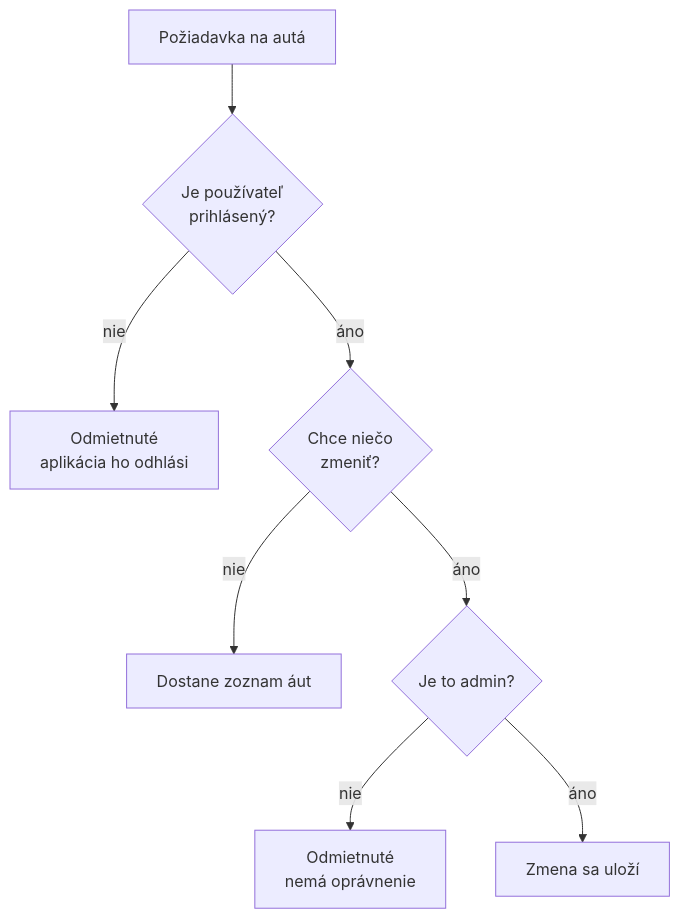
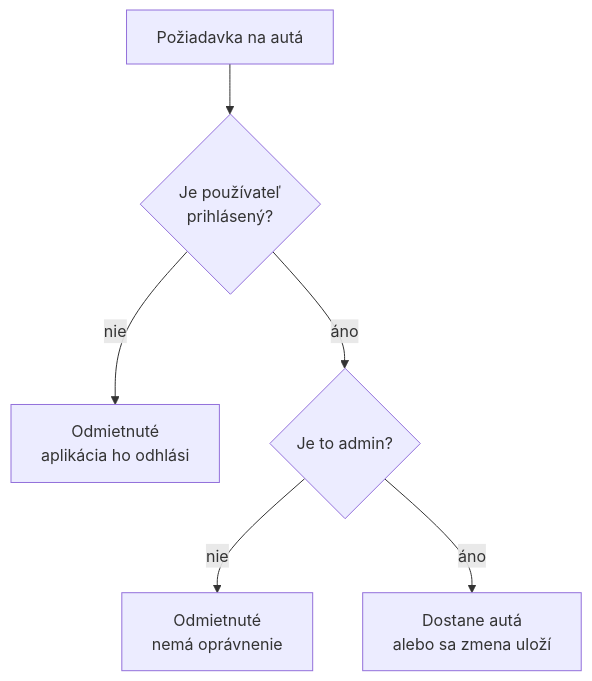
Before and after one commit to Matus1232/car-fleet-: the third of 3 diagrams in README.md, drawn with Mermaid. The commit also changed other lines of this file and 4 other files, not shown here.

````diff
--- a/README.md
+++ b/README.md
@@ -113,10 +116,8 @@
 ```mermaid
 flowchart TD
     R["Požiadavka na autá"] --> T{"Je používateľ<br>prihlásený?"}
     T -- nie --> E1["Odmietnuté<br>aplikácia ho odhlási"]
-    T -- áno --> W{"Chce niečo<br>zmeniť?"}
-    W -- nie --> OK["Dostane zoznam áut"]
-    W -- áno --> AD{"Je to admin?"}
+    T -- áno --> AD{"Je to admin?"}
     AD -- nie --> E2["Odmietnuté<br>nemá oprávnenie"]
-    AD -- áno --> OK2["Zmena sa uloží"]
+    AD -- áno --> OK["Dostane autá<br>alebo sa zmena uloží"]
 ```
````
